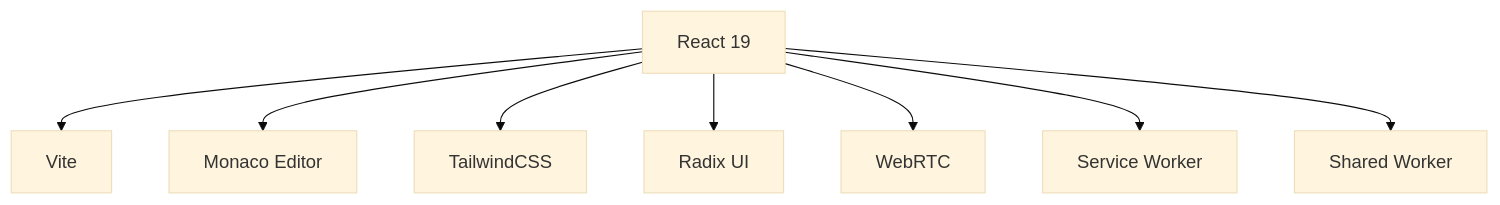
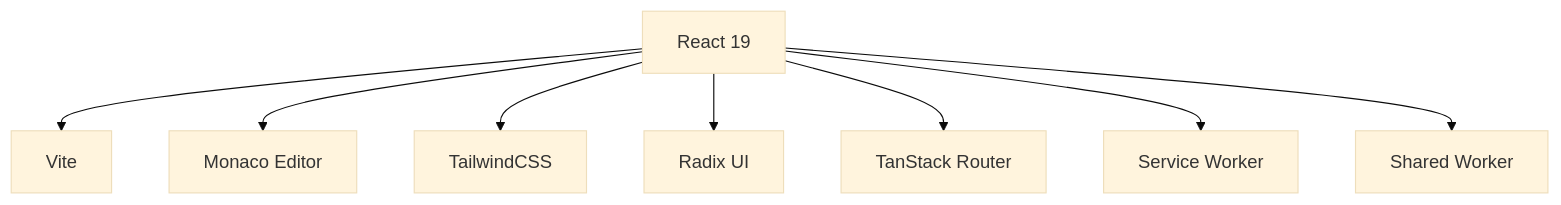
Before and after one commit to zerdos/spike.land: the first of 2 diagrams in docs/architecture/frontend.md, drawn with Mermaid (base theme). The commit also changed other lines of this file and 1 other file, not shown here.

Commit message:
docs: update frontend architecture documentation to include routing capabilities and TanStack Router integration

````diff
--- a/docs/architecture/frontend.md
+++ b/docs/architecture/frontend.md
@@ -9,10 +9,10 @@
 ```mermaid
 graph TD
     React[React 19] --> Vite[Vite]
     React --> Monaco[Monaco Editor]
     React --> TailwindCSS[TailwindCSS]
     React --> RadixUI[Radix UI]
-    React --> WebRTC[WebRTC]
+    React --> TanStack[TanStack Router]
     React --> SW[Service Worker]
     React --> SharedWorker[Shared Worker]
 ```
````
